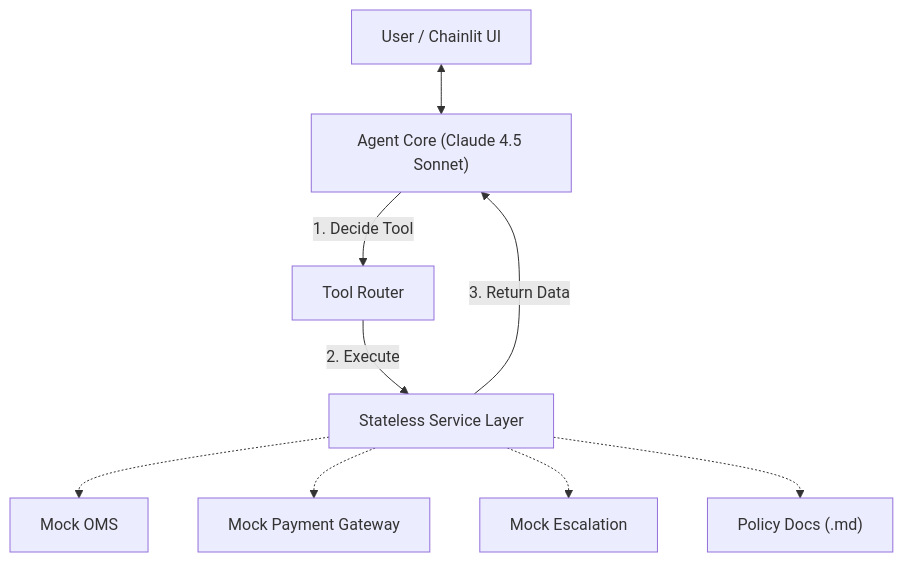
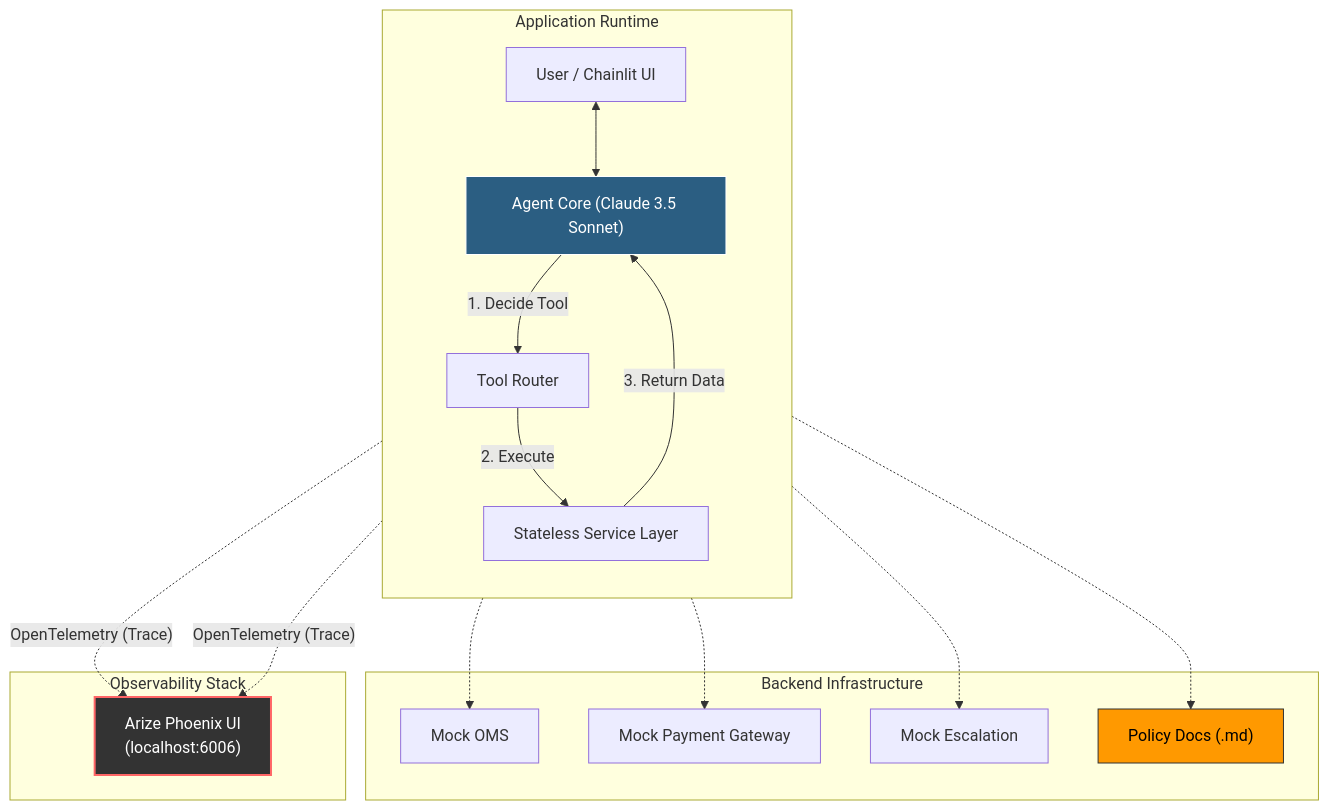
The diagram in README.md (nitinNayar/enterprise-cx-agent), drawn with Mermaid before and after one commit. The commit also changed other lines of this file, not shown here.

Commit message:
updated README.md for observability/decision tracing
🤖 Generated with [Claude Code](https://claude.com/claude-code)

````diff
--- a/README.md
+++ b/README.md
@@ -24,12 +24,34 @@
 ```mermaid
 graph TD
-    User["User / Chainlit UI"] <--> Agent["Agent Core (Claude 4.5 Sonnet)"]
-    Agent -- "1. Decide Tool" --> ToolRouter["Tool Router"]
-    ToolRouter -- "2. Execute" --> Services["Stateless Service Layer"]
-    Services -- "3. Return Data" --> Agent
-    Services -.-> OMS["Mock OMS"]
-    Services -.-> Stripe["Mock Payment Gateway"]
-    Services -.-> Zendesk["Mock Escalation"]
-    Services -.-> Policies["Policy Docs (.md)"]
+    %% --- Main Application Flow ---
+    subgraph App ["Application Runtime"]
+        direction TB
+        User["User / Chainlit UI"] <--> Agent["Agent Core (Claude 3.5 Sonnet)"]
+        Agent -- "1. Decide Tool" --> Router["Tool Router"]
+        Router -- "2. Execute" --> Services["Stateless Service Layer"]
+        Services -- "3. Return Data" --> Agent
+    end
+
+    %% --- Backend Services ---
+    subgraph Backends ["Backend Infrastructure"]
+        Services -.-> OMS["Mock OMS"]
+        Services -.-> Stripe["Mock Payment Gateway"]
+        Services -.-> Zendesk["Mock Escalation"]
+        Services -.-> Policies["Policy Docs (.md)"]
+    end
+
+    %% --- Observability Sidecar ---
+    subgraph Observability ["Observability Stack"]
+        Phoenix["Arize Phoenix UI<br/>(localhost:6006)"]
+    end
+
+    %% --- Telemetry Connections ---
+    Agent -.-> |"OpenTelemetry (Trace)"| Phoenix
+    Router -.-> |"OpenTelemetry (Trace)"| Phoenix
+
+    %% Styling for better readability
+    style Phoenix fill:#333,stroke:#f66,stroke-width:2px,color:#fff
+    style Agent fill:#2b5e82,stroke:#fff,color:#fff
+    style Policies fill:#ff9900,stroke:#333,color:#000
 
 ```
````
